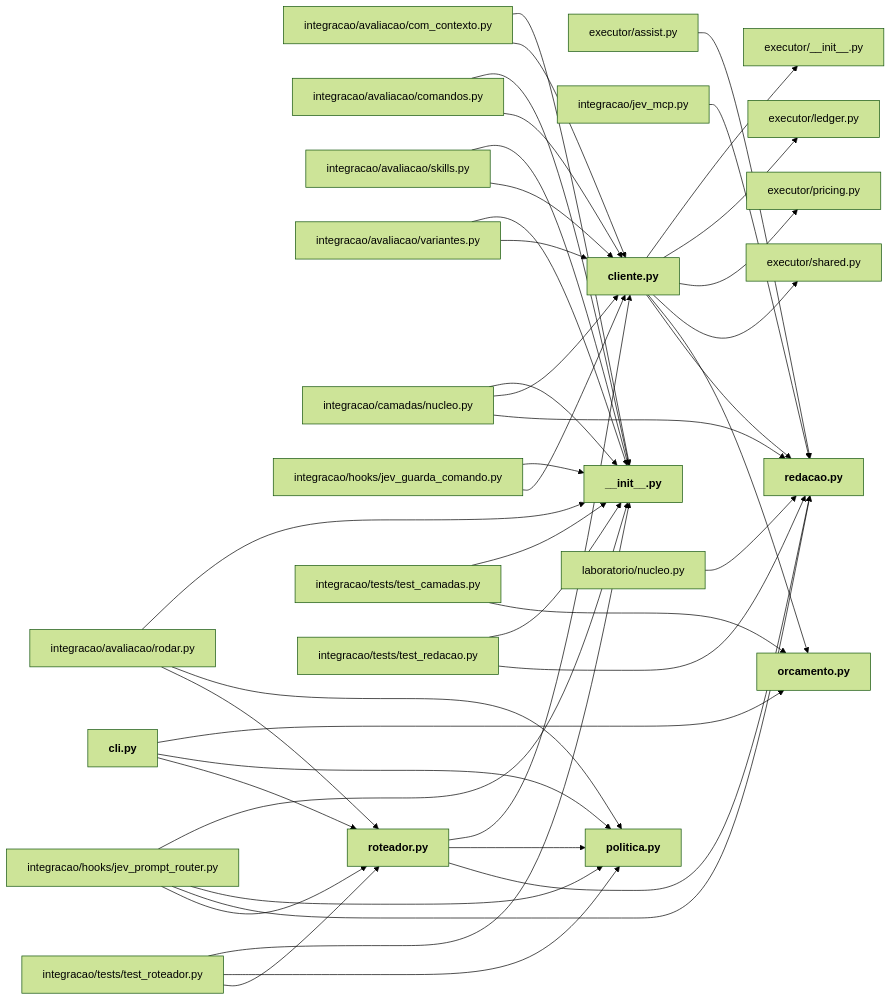
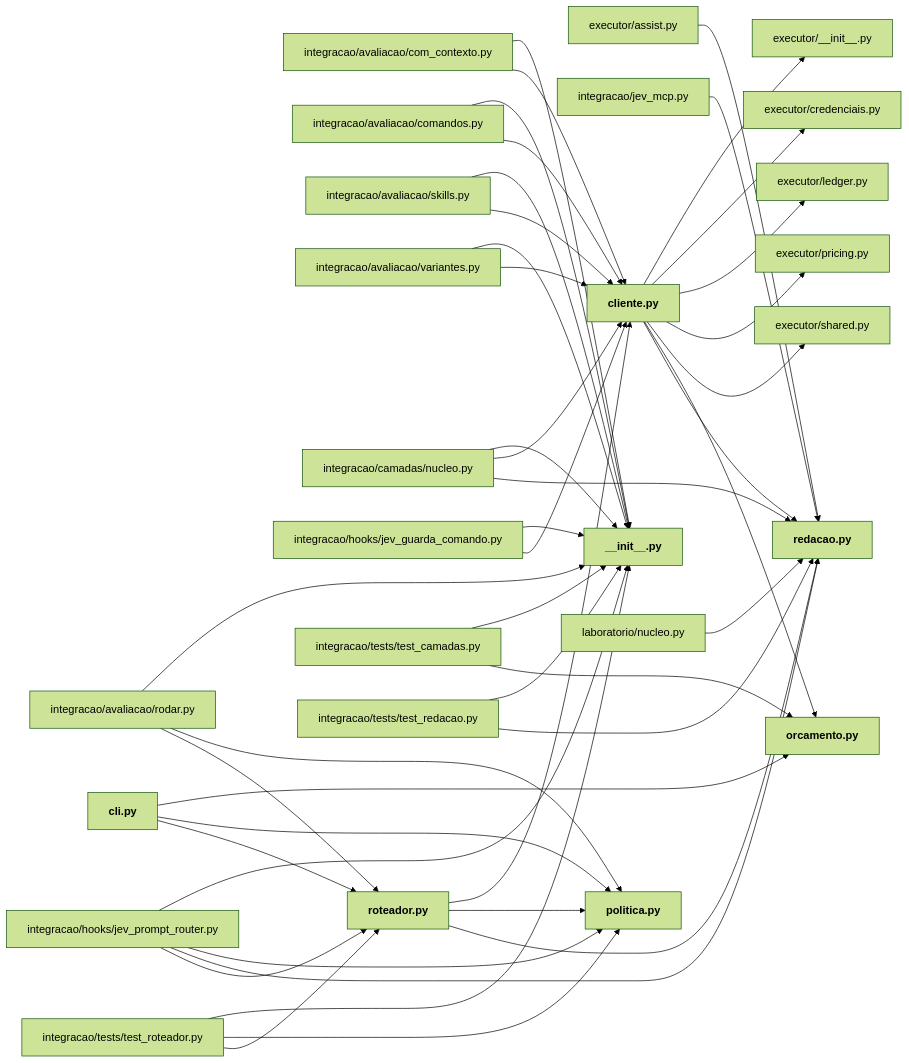
The diagram in mapa/pastas/integracao__jev_router.md (igormorais123/JEV), drawn with Mermaid (forest theme) before and after one commit. The commit also changed other lines of this file and 49 other files, not shown here.

````diff
--- a/mapa/pastas/integracao__jev_router.md
+++ b/mapa/pastas/integracao__jev_router.md
@@ -23,70 +23,72 @@
 ```mermaid
 flowchart LR
   n_executor___init___py["executor/__init__.py"]
   n_executor_assist_py["executor/assist.py"]
+  n_executor_credenciais_py["executor/credenciais.py"]
   n_executor_ledger_py["executor/ledger.py"]
   n_executor_pricing_py["executor/pricing.py"]
   n_executor_shared_py["executor/shared.py"]
   n_integracao_avaliacao_com_contexto_py["integracao/avaliacao/com_contexto.py"]
   n_integracao_avaliacao_comandos_py["integracao/avaliacao/comandos.py"]
   n_integracao_avaliacao_rodar_py["integracao/avaliacao/rodar.py"]
   n_integracao_avaliacao_skills_py["integracao/avaliacao/skills.py"]
   n_integracao_avaliacao_variantes_py["integracao/avaliacao/variantes.py"]
   n_integracao_camadas_nucleo_py["integracao/camadas/nucleo.py"]
   n_integracao_hooks_jev_guarda_comando_py["integracao/hooks/jev_guarda_comando.py"]
   n_integracao_hooks_jev_prompt_router_py["integracao/hooks/jev_prompt_router.py"]
   n_integracao_jev_mcp_py["integracao/jev_mcp.py"]
   n_integracao_jev_router___init___py["<b>__init__.py</b>"]
   n_integracao_jev_router_cli_py["<b>cli.py</b>"]
   n_integracao_jev_router_cliente_py["<b>cliente.py</b>"]
   n_integracao_jev_router_orcamento_py["<b>orcamento.py</b>"]
   n_integracao_jev_router_politica_py["<b>politica.py</b>"]
   n_integracao_jev_router_redacao_py["<b>redacao.py</b>"]
   n_integracao_jev_router_roteador_py["<b>roteador.py</b>"]
   n_integracao_tests_test_camadas_py["integracao/tests/test_camadas.py"]
   n_integracao_tests_test_redacao_py["integracao/tests/test_redacao.py"]
   n_integracao_tests_test_roteador_py["integracao/tests/test_roteador.py"]
   n_laboratorio_nucleo_py["laboratorio/nucleo.py"]
   n_executor_assist_py --> n_integracao_jev_router_redacao_py
   n_integracao_avaliacao_com_contexto_py --> n_integracao_jev_router___init___py
   n_integracao_avaliacao_com_contexto_py --> n_integracao_jev_router_cliente_py
   n_integracao_avaliacao_comandos_py --> n_integracao_jev_router___init___py
   n_integracao_avaliacao_comandos_py --> n_integracao_jev_router_cliente_py
   n_integracao_avaliacao_rodar_py --> n_integracao_jev_router___init___py
   n_integracao_avaliacao_rodar_py --> n_integracao_jev_router_politica_py
   n_integracao_avaliacao_rodar_py --> n_integracao_jev_router_roteador_py
   n_integracao_avaliacao_skills_py --> n_integracao_jev_router___init___py
   n_integracao_avaliacao_skills_py --> n_integracao_jev_router_cliente_py
   n_integracao_avaliacao_variantes_py --> n_integracao_jev_router___init___py
   n_integracao_avaliacao_variantes_py --> n_integracao_jev_router_cliente_py
   n_integracao_camadas_nucleo_py --> n_integracao_jev_router___init___py
   n_integracao_camadas_nucleo_py --> n_integracao_jev_router_cliente_py
   n_integracao_camadas_nucleo_py --> n_integracao_jev_router_redacao_py
   n_integracao_hooks_jev_guarda_comando_py --> n_integracao_jev_router___init___py
   n_integracao_hooks_jev_guarda_comando_py --> n_integracao_jev_router_cliente_py
   n_integracao_hooks_jev_prompt_router_py --> n_integracao_jev_router___init___py
   n_integracao_hooks_jev_prompt_router_py --> n_integracao_jev_router_politica_py
   n_integracao_hooks_jev_prompt_router_py --> n_integracao_jev_router_redacao_py
   n_integracao_hooks_jev_prompt_router_py --> n_integracao_jev_router_roteador_py
   n_integracao_jev_mcp_py --> n_integracao_jev_router_redacao_py
   n_integracao_jev_router_cli_py --> n_integracao_jev_router_orcamento_py
   n_integracao_jev_router_cli_py --> n_integracao_jev_router_politica_py
   n_integracao_jev_router_cli_py --> n_integracao_jev_router_roteador_py
   n_integracao_jev_router_cliente_py --> n_executor___init___py
+  n_integracao_jev_router_cliente_py --> n_executor_credenciais_py
   n_integracao_jev_router_cliente_py --> n_executor_ledger_py
   n_integracao_jev_router_cliente_py --> n_executor_pricing_py
   n_integracao_jev_router_cliente_py --> n_executor_shared_py
   n_integracao_jev_router_cliente_py --> n_integracao_jev_router_orcamento_py
   n_integracao_jev_router_cliente_py --> n_integracao_jev_router_redacao_py
   n_integracao_jev_router_roteador_py --> n_integracao_jev_router_cliente_py
   n_integracao_jev_router_roteador_py --> n_integracao_jev_router_politica_py
   n_integracao_jev_router_roteador_py --> n_integracao_jev_router_redacao_py
   n_integracao_tests_test_camadas_py --> n_integracao_jev_router___init___py
   n_integracao_tests_test_camadas_py --> n_integracao_jev_router_orcamento_py
   n_integracao_tests_test_redacao_py --> n_integracao_jev_router___init___py
   n_integracao_tests_test_redacao_py --> n_integracao_jev_router_redacao_py
   n_integracao_tests_test_roteador_py --> n_integracao_jev_router___init___py
   n_integracao_tests_test_roteador_py --> n_integracao_jev_router_politica_py
   n_integracao_tests_test_roteador_py --> n_integracao_jev_router_roteador_py
   n_laboratorio_nucleo_py --> n_integracao_jev_router_redacao_py
 ```
````
